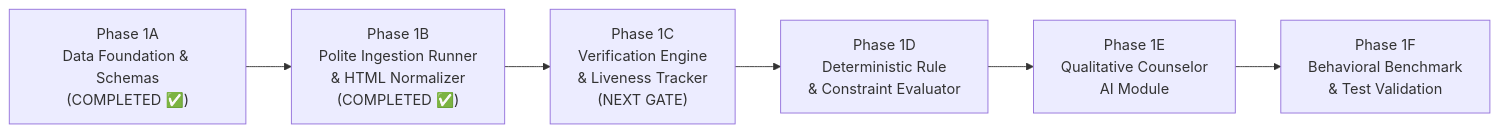
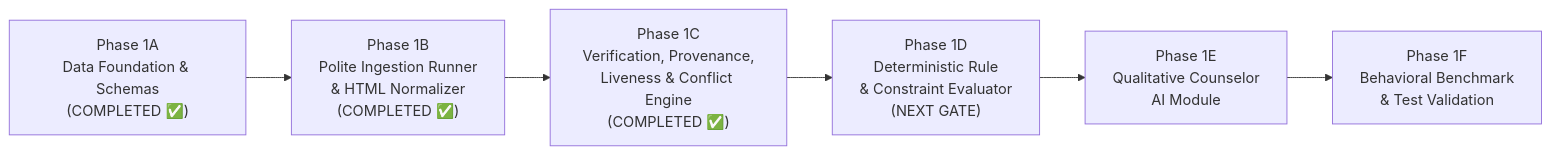
The diagram in docs/phase-1/README.md (ezekiyastsegaye123-cmyk/scholarship_project), drawn with Mermaid before and after one commit. The commit also changed other lines of this file and 32 other files, not shown here.

Commit message:
feat(phase-1c): implement verification, provenance, liveness, and deterministic conflict resolution

````diff
--- a/docs/phase-1/README.md
+++ b/docs/phase-1/README.md
@@ -16,8 +15,8 @@
 ```mermaid
 flowchart LR
     P1A["Phase 1A<br/>Data Foundation & Schemas<br/>(COMPLETED ✅)"] --> P1B["Phase 1B<br/>Polite Ingestion Runner<br/>& HTML Normalizer<br/>(COMPLETED ✅)"]
-    P1B --> P1C["Phase 1C<br/>Verification Engine<br/>& Liveness Tracker<br/>(NEXT GATE)"]
-    P1C --> P1D["Phase 1D<br/>Deterministic Rule<br/>& Constraint Evaluator"]
+    P1B --> P1C["Phase 1C<br/>Verification, Provenance,<br/>Liveness & Conflict Engine<br/>(COMPLETED ✅)"]
+    P1C --> P1D["Phase 1D<br/>Deterministic Rule<br/>& Constraint Evaluator<br/>(NEXT GATE)"]
     P1D --> P1E["Phase 1E<br/>Qualitative Counselor<br/>AI Module"]
     P1E --> P1F["Phase 1F<br/>Behavioral Benchmark<br/>& Test Validation"]
 ```
````
